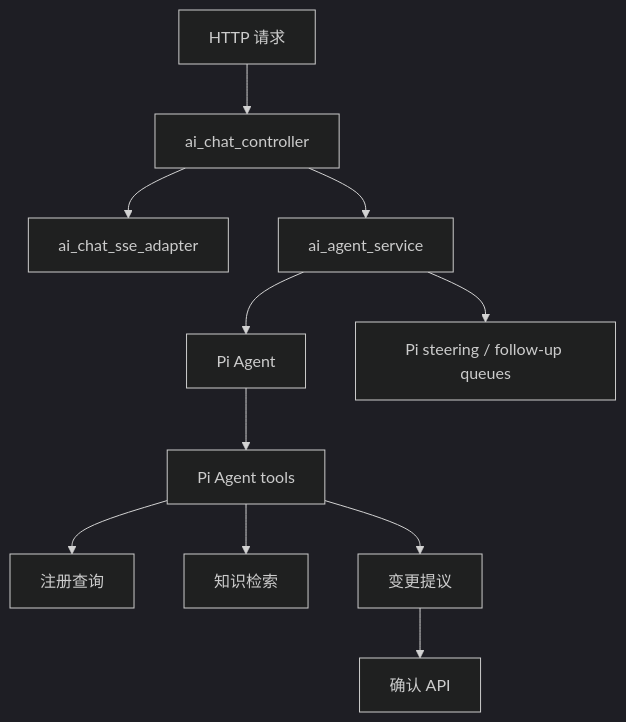
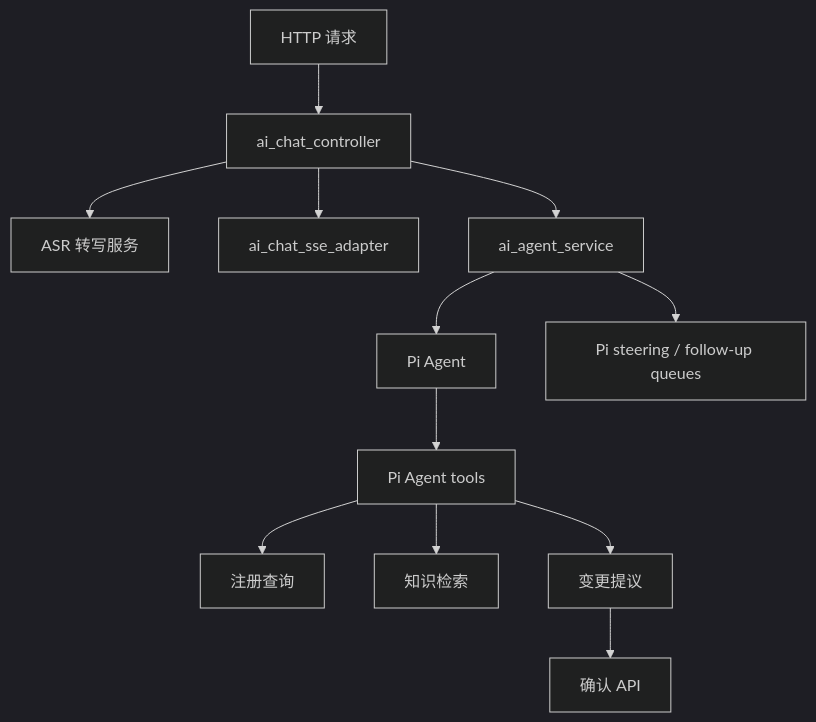
Before and after one commit to OSpoon/api-starter-kit: the diagram in docs/ai-assistant-architecture.md, drawn with Mermaid (dark theme). The commit also changed other lines of this file and 24 other files, not shown here.

````diff
--- a/docs/ai-assistant-architecture.md
+++ b/docs/ai-assistant-architecture.md
@@ -7,13 +7,14 @@
 ```mermaid
 flowchart TB
   A["HTTP 请求"] --> B["ai_chat_controller"]
+  B --> ASR["ASR 转写服务"]
   B --> C["ai_chat_sse_adapter"]
   B --> D["ai_agent_service"]
   D --> E["Pi Agent"]
   E --> F["Pi Agent tools"]
   F --> G["注册查询"]
   F --> H["知识检索"]
   F --> I["变更提议"]
   I --> J["确认 API"]
   D --> K["Pi steering / follow-up queues"]
 ```
````
